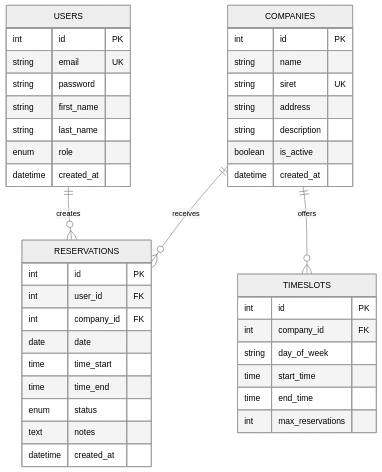
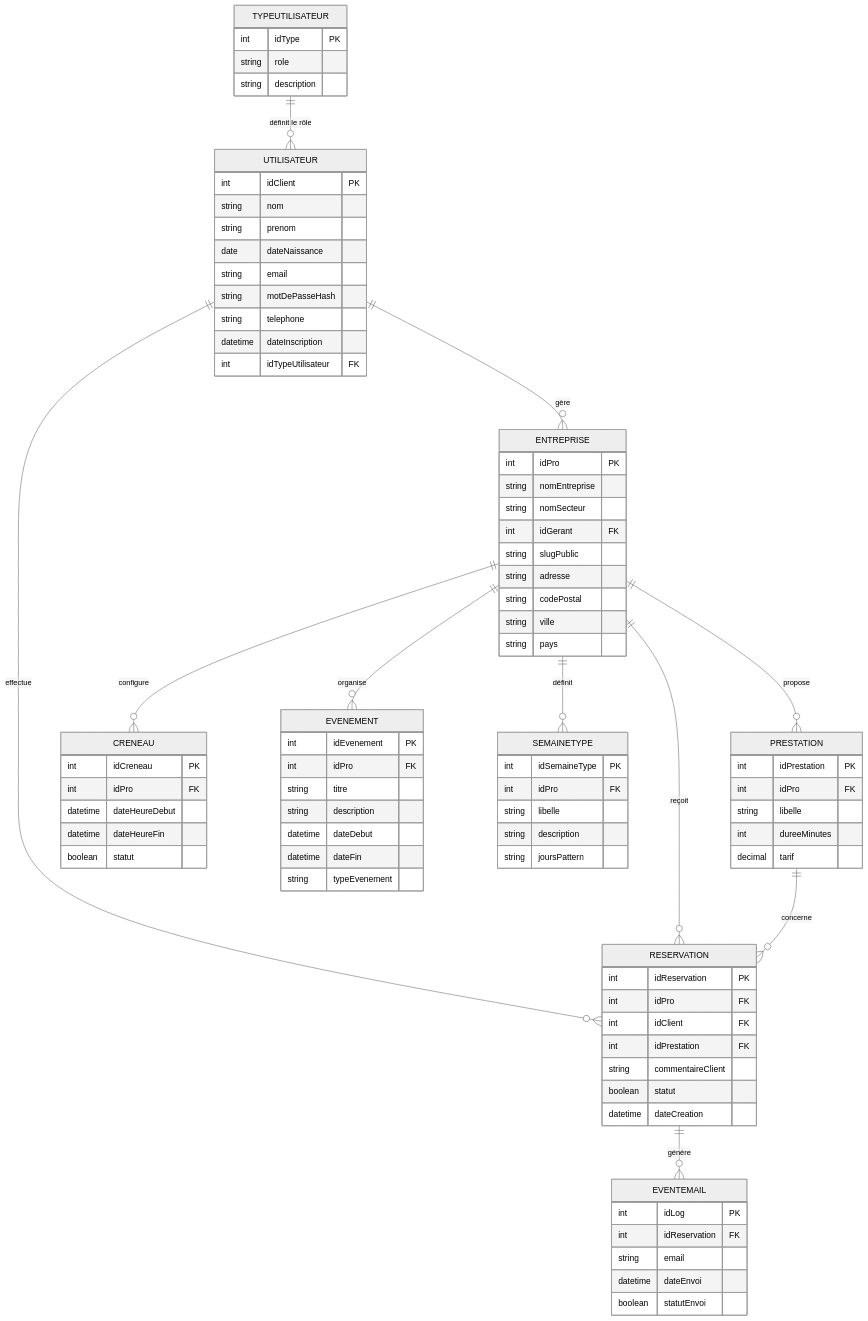
Before and after one commit to TISEPSE/Documentation-BBC: the diagram in docs/architecture/database.md, drawn with Mermaid (neutral theme). The commit also changed other lines of this file and 30 other files, not shown here.

````diff
--- a/docs/architecture/database.md
+++ b/docs/architecture/database.md
@@ -36,47 +41,95 @@
 ```mermaid
 erDiagram
-    USERS ||--o{ RESERVATIONS : creates
-    COMPANIES ||--o{ RESERVATIONS : receives
-    COMPANIES ||--o{ TIMESLOTS : offers
+    TYPEUTILISATEUR ||--o{ UTILISATEUR : "définit le rôle"
+    UTILISATEUR ||--o{ ENTREPRISE : "gère"
+    UTILISATEUR ||--o{ RESERVATION : "effectue"
+    ENTREPRISE ||--o{ PRESTATION : "propose"
+    ENTREPRISE ||--o{ CRENEAU : "configure"
+    ENTREPRISE ||--o{ RESERVATION : "reçoit"
+    ENTREPRISE ||--o{ EVENEMENT : "organise"
+    ENTREPRISE ||--o{ SEMAINETYPE : "définit"
+    PRESTATION ||--o{ RESERVATION : "concerne"
+    RESERVATION ||--o{ EVENTEMAIL : "génère"
 
-    USERS {
-        int id PK
-        string email UK
-        string password
-        string first_name
-        string last_name
-        enum role
-        datetime created_at
+    TYPEUTILISATEUR {
+        int idType PK
+        string role
+        string description
     }
 
-    COMPANIES {
-        int id PK
-        string name
-        string siret UK
-        string address
-        string description
-        boolean is_active
-        datetime created_at
+    UTILISATEUR {
+        int idClient PK
+        string nom
+        string prenom
+        date dateNaissance
+        string email
+        string motDePasseHash
+        string telephone
+        datetime dateInscription
+        int idTypeUtilisateur FK
     }
 
-    RESERVATIONS {
-        int id PK
-        int user_id FK
-        int company_id FK
-        date date
-        time time_start
-        time time_end
-        enum status
-        text notes
-        datetime created_at
+    ENTREPRISE {
+        int idPro PK
+        string nomEntreprise
+        string nomSecteur
+        int idGerant FK
+        string slugPublic
+        string adresse
+        string codePostal
+        string ville
+        string pays
     }
 
-    TIMESLOTS {
-        int id PK
-        int company_id FK
-        string day_of_week
-        time start_time
-        time end_time
-        int max_reservations
+    PRESTATION {
+        int idPrestation PK
+        int idPro FK
+        string libelle
+        int dureeMinutes
+        decimal tarif
+    }
+
+    CRENEAU {
+        int idCreneau PK
+        int idPro FK
+        datetime dateHeureDebut
+        datetime dateHeureFin
+        boolean statut
+    }
+
+    RESERVATION {
+        int idReservation PK
+        int idPro FK
+        int idClient FK
+        int idPrestation FK
+        string commentaireClient
+        boolean statut
+        datetime dateCreation
+    }
+
+    EVENEMENT {
+        int idEvenement PK
+        int idPro FK
+        string titre
+        string description
+        datetime dateDebut
+        datetime dateFin
+        string typeEvenement
+    }
+
+    SEMAINETYPE {
+        int idSemaineType PK
+        int idPro FK
+        string libelle
+        string description
+        string joursPattern
+    }
+
+    EVENTEMAIL {
+        int idLog PK
+        int idReservation FK
+        string email
+        datetime dateEnvoi
+        boolean statutEnvoi
     }
 ```
````
